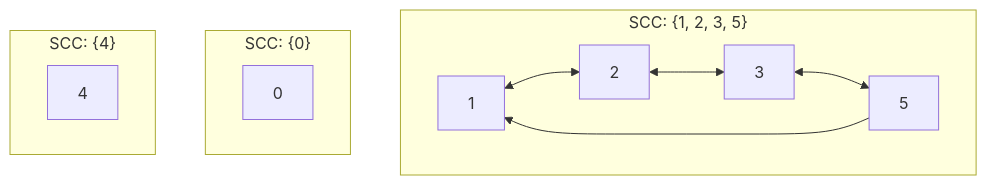
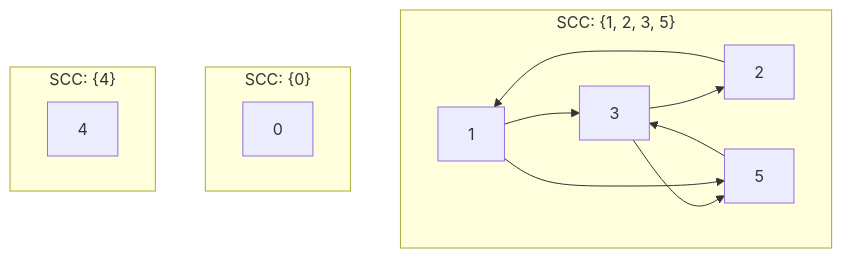
One commit to dennyb87/informatica-unipi changed the first of 2 diagrams in anno_1/fondamenti_di_informatica/2026-10-14_walk_connettivita_e_dags.md. Above: the diagram before and after it, drawn with Mermaid.

````diff
--- a/anno_1/fondamenti_di_informatica/2026-10-14_walk_connettivita_e_dags.md
+++ b/anno_1/fondamenti_di_informatica/2026-10-14_walk_connettivita_e_dags.md
@@ -76,15 +76,17 @@
 ```mermaid
 graph TD
     subgraph SCC_1 ["SCC: {1, 2, 3, 5}"]
-        1 <--> 2
-        2 <--> 3
-        3 <--> 5
-        5 --> 1
+        1 --> 3
+        2 --> 1
+        3 --> 2
+        3 --> 5
+        5 --> 3
+        1 --> 5
     end
     subgraph SCC_2 ["SCC: {0}"]
         0
     end
     subgraph SCC_3 ["SCC: {4}"]
         4
     end
 ```
````
